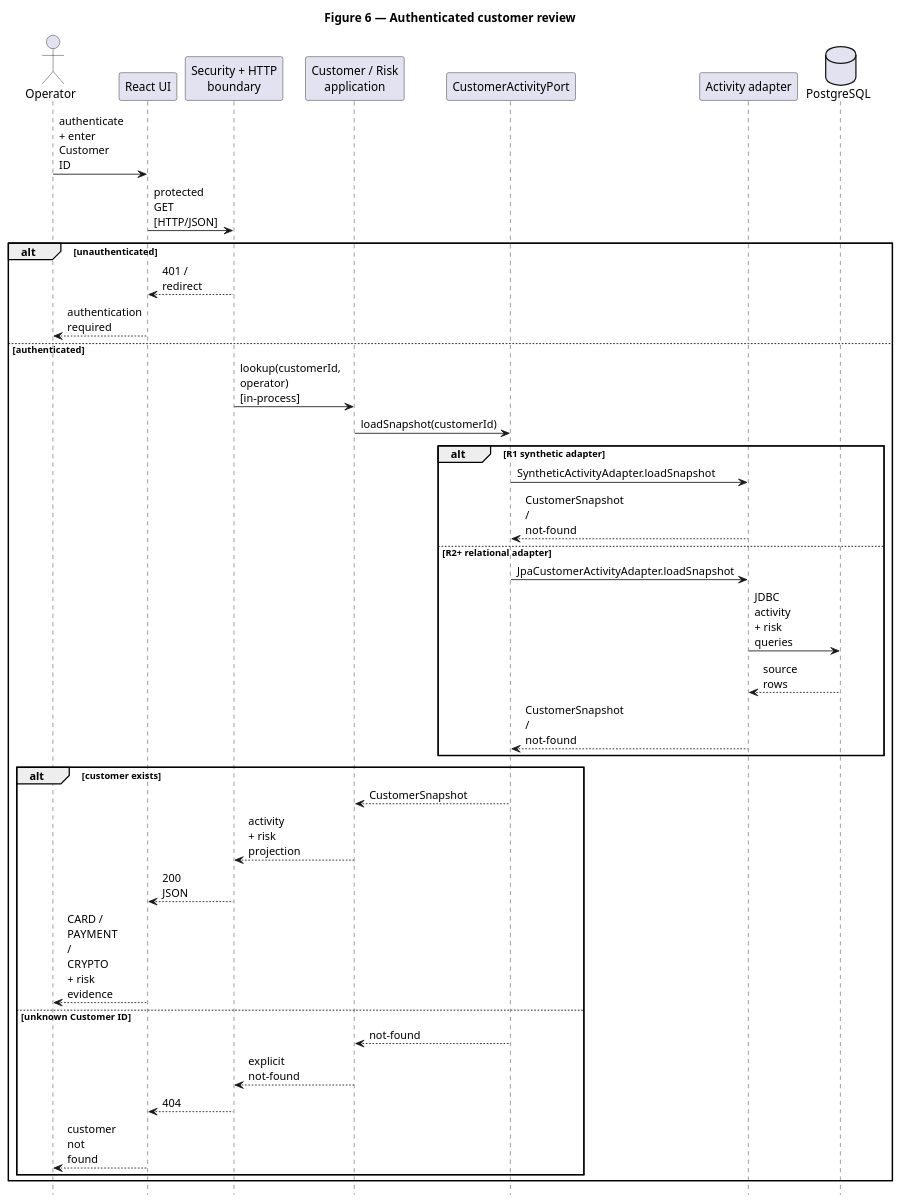
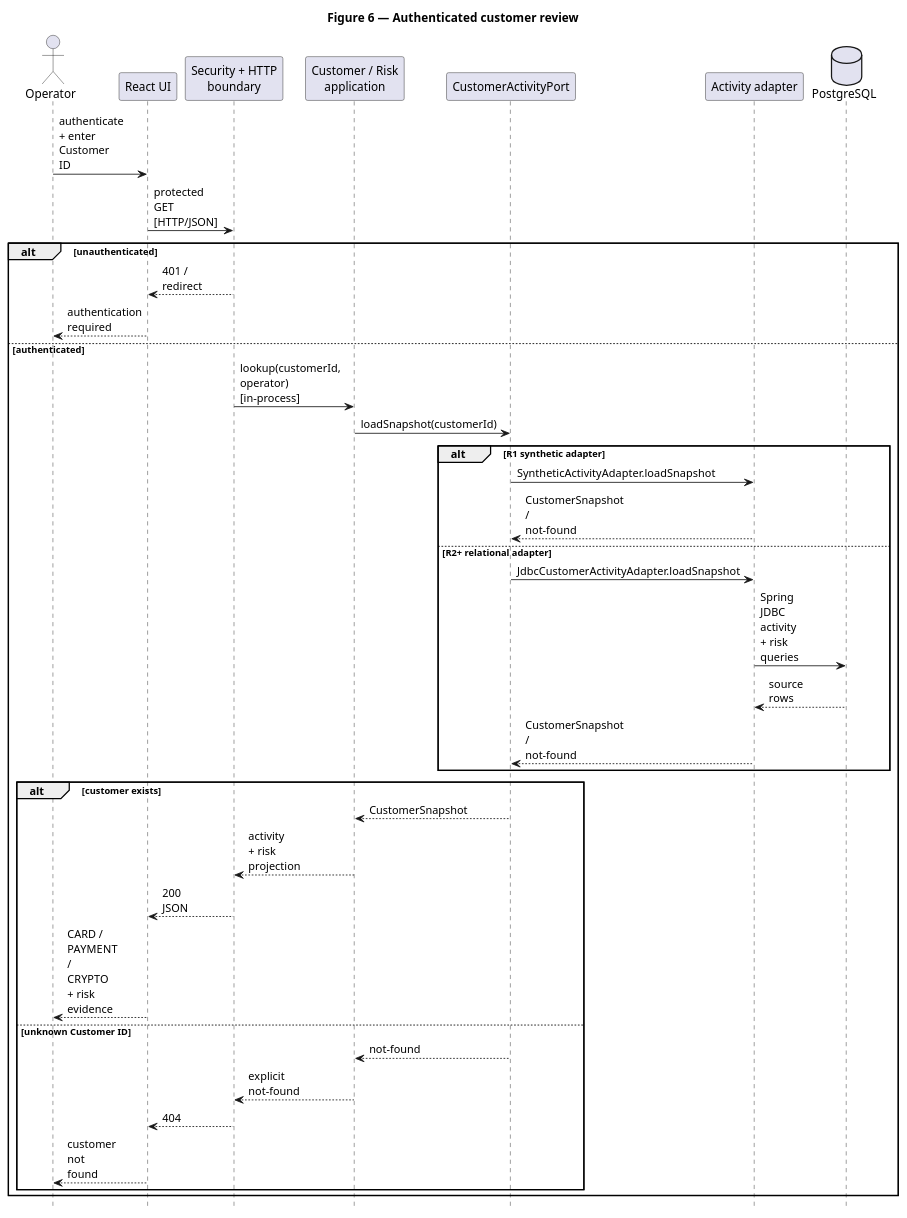
Before and after one commit to jdoe-dev-159753/specgraph-reference-app: the diagram in docs/assignment/SDD/diagrams/sequence-customer-review.puml, drawn with PlantUML.

Commit message:
docs: rename R2 activity adapter to JDBC

```diff
--- a/docs/assignment/SDD/diagrams/sequence-customer-review.puml
+++ b/docs/assignment/SDD/diagrams/sequence-customer-review.puml
@@ -1,44 +1,44 @@
 @startuml
 title Figure 6 — Authenticated customer review
 hide footbox
 skinparam maxMessageSize 52
 
 actor Operator
 participant "React UI" as UI
 participant "Security + HTTP\nboundary" as Boundary
 participant "Customer / Risk\napplication" as App
 participant "CustomerActivityPort" as Port
 participant "Activity adapter" as Adapter
 database "PostgreSQL" as DB
 
 Operator -> UI : authenticate + enter Customer ID
 UI -> Boundary : protected GET [HTTP/JSON]
 alt unauthenticated
   Boundary --> UI : 401 / redirect
   UI --> Operator : authentication required
 else authenticated
   Boundary -> App : lookup(customerId, operator) [in-process]
   App -> Port : loadSnapshot(customerId)
   alt R1 synthetic adapter
     Port -> Adapter : SyntheticActivityAdapter.loadSnapshot
     Adapter --> Port : CustomerSnapshot / not-found
   else R2+ relational adapter
-    Port -> Adapter : JpaCustomerActivityAdapter.loadSnapshot
-    Adapter -> DB : JDBC activity + risk queries
+    Port -> Adapter : JdbcCustomerActivityAdapter.loadSnapshot
+    Adapter -> DB : Spring JDBC activity + risk queries
     DB --> Adapter : source rows
     Adapter --> Port : CustomerSnapshot / not-found
   end
 
   alt customer exists
     Port --> App : CustomerSnapshot
     App --> Boundary : activity + risk projection
     Boundary --> UI : 200 JSON
     UI --> Operator : CARD / PAYMENT / CRYPTO + risk evidence
   else unknown Customer ID
     Port --> App : not-found
     App --> Boundary : explicit not-found
     Boundary --> UI : 404
     UI --> Operator : customer not found
   end
 end
 @enduml
```
